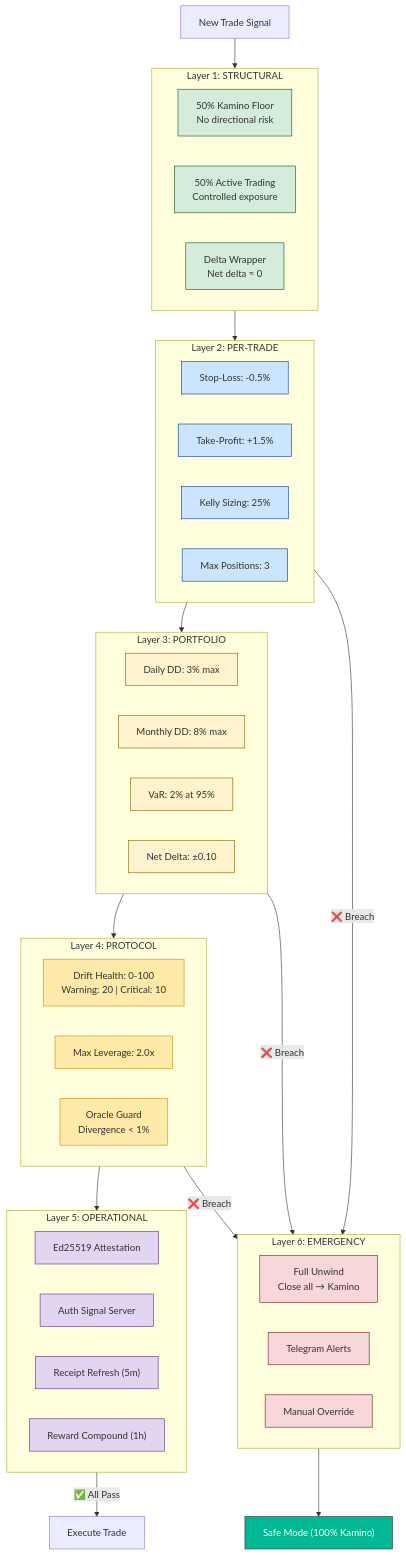
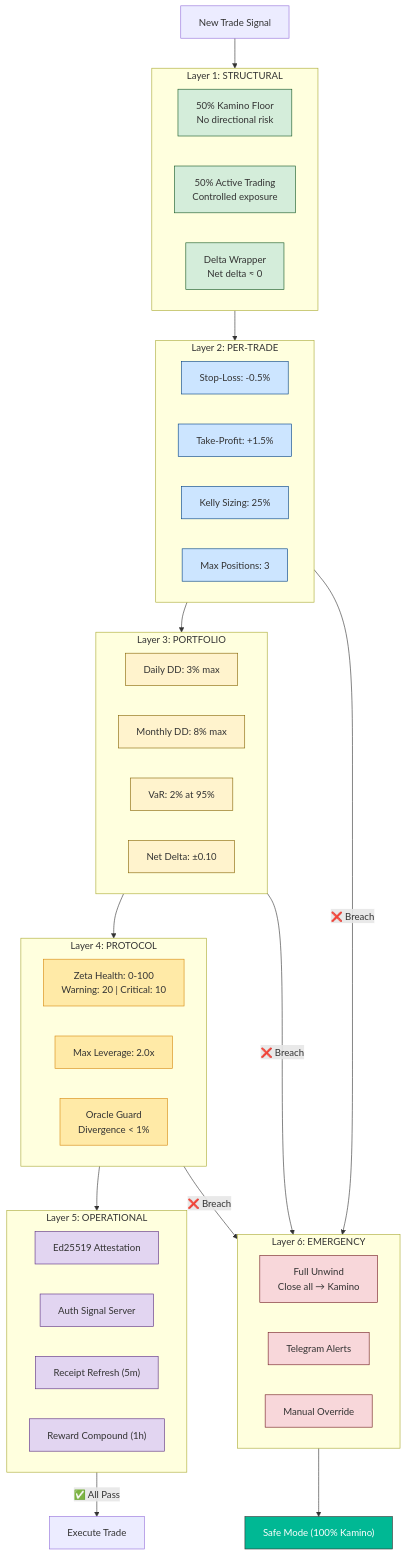
One commit to Ashutosh0x/ranger-ai-vault changed the sixth of 20 diagrams in docs/ARCHITECTURE.md. Above: the diagram before and after it, drawn with Mermaid. The commit also changed other lines of this file and 82 other files, not shown here.

Commit message:
feat: pivot from Drift to Zeta Markets and add walk-forward backtest results

````diff
--- a/docs/ARCHITECTURE.md
+++ b/docs/ARCHITECTURE.md
@@ -471,69 +471,69 @@
 ```mermaid
 graph TB
     subgraph Layer1["Layer 1: STRUCTURAL"]
         L1A["50% Kamino Floor<br/>No directional risk"]
         L1B["50% Active Trading<br/>Controlled exposure"]
         L1C["Delta Wrapper<br/>Net delta ≈ 0"]
     end
 
     subgraph Layer2["Layer 2: PER-TRADE"]
         L2A["Stop-Loss: -0.5%"]
         L2B["Take-Profit: +1.5%"]
         L2C["Kelly Sizing: 25%"]
         L2D["Max Positions: 3"]
     end
 
     subgraph Layer3["Layer 3: PORTFOLIO"]
         L3A["Daily DD: 3% max"]
         L3B["Monthly DD: 8% max"]
         L3C["VaR: 2% at 95%"]
         L3D["Net Delta: ±0.10"]
     end
 
     subgraph Layer4["Layer 4: PROTOCOL"]
-        L4A["Drift Health: 0-100<br/>Warning: 20 | Critical: 10"]
+        L4A["Zeta Health: 0-100<br/>Warning: 20 | Critical: 10"]
         L4B["Max Leverage: 2.0x"]
         L4C["Oracle Guard<br/>Divergence < 1%"]
     end
 
     subgraph Layer5["Layer 5: OPERATIONAL"]
         L5A["Ed25519 Attestation"]
         L5B["Auth Signal Server"]
         L5C["Receipt Refresh (5m)"]
         L5D["Reward Compound (1h)"]
     end
 
     subgraph Layer6["Layer 6: EMERGENCY"]
         L6A["Full Unwind<br/>Close all → Kamino"]
         L6B["Telegram Alerts"]
         L6C["Manual Override"]
     end
 
     Trade["New Trade Signal"] --> Layer1
     Layer1 --> Layer2
     Layer2 --> Layer3
     Layer3 --> Layer4
     Layer4 --> Layer5
     Layer5 -->|"✅ All Pass"| Execute["Execute Trade"]
 
     Layer2 -->|"❌ Breach"| Layer6
     Layer3 -->|"❌ Breach"| Layer6
     Layer4 -->|"❌ Breach"| Layer6
     Layer6 --> SafeMode["Safe Mode (100% Kamino)"]
 
     classDef l1 fill:#d4edda,stroke:#155724
     classDef l2 fill:#cce5ff,stroke:#004085
     classDef l3 fill:#fff3cd,stroke:#856404
     classDef l4 fill:#ffeaa7,stroke:#d68910
     classDef l5 fill:#e2d5f1,stroke:#5a2d82
     classDef l6 fill:#f8d7da,stroke:#721c24
     classDef safe fill:#00b894,stroke:#333,color:#fff
 
     class L1A,L1B,L1C l1
     class L2A,L2B,L2C,L2D l2
     class L3A,L3B,L3C,L3D l3
     class L4A,L4B,L4C l4
     class L5A,L5B,L5C,L5D l5
     class L6A,L6B,L6C l6
     class SafeMode safe
 ```
````
